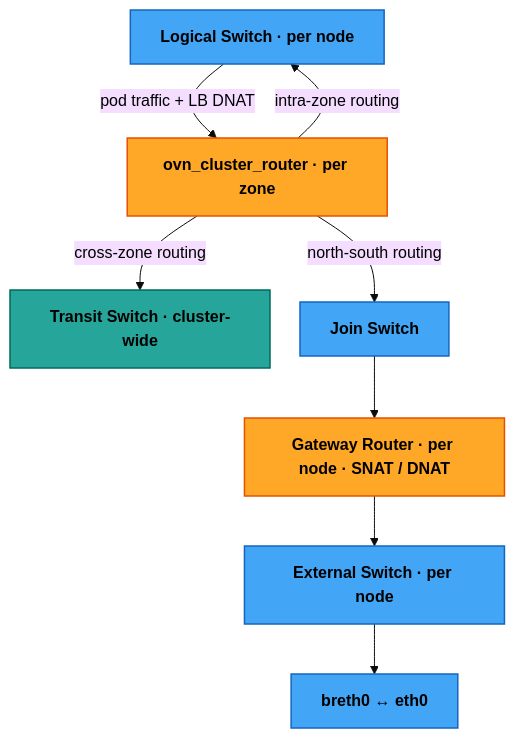
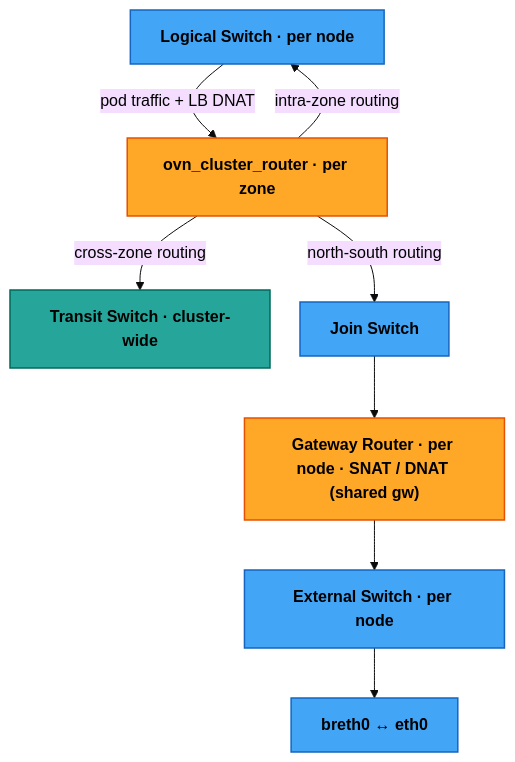
Before and after one commit to ovn-kubernetes/ovn-kubernetes: diagram 25 of 25 in docs/design/traffic-flows.md, drawn with Mermaid. The commit also changed other lines of this file, not shown here.

````diff
--- a/docs/design/traffic-flows.md
+++ b/docs/design/traffic-flows.md
@@ -651,15 +660,15 @@
 ```mermaid
 %%{init: {'theme': 'base', 'flowchart': {'nodeSpacing': 30, 'rankSpacing': 50, 'padding': 15}, 'themeVariables': {'fontSize': '16px', 'primaryTextColor': '#000000', 'secondaryTextColor': '#000000', 'tertiaryTextColor': '#000000', 'textColor': '#000000', 'nodeTextColor': '#000000'}}}%%
 graph TD
     classDef sw fill:#42a5f5,stroke:#1565C0,stroke-width:1.5px,color:#000000,font-weight:bold
     classDef rtr fill:#ffa726,stroke:#E65100,stroke-width:1.5px,color:#000000,font-weight:bold
     classDef ts fill:#26a69a,stroke:#00695C,stroke-width:1.5px,color:#000000,font-weight:bold
 
     LS["Logical Switch · per node"]:::sw -->|"pod traffic + LB DNAT"| CR["ovn_cluster_router · per zone"]:::rtr
     CR -->|"intra-zone routing"| LS
     CR -->|"cross-zone routing"| TS["Transit Switch · cluster-wide"]:::ts
     CR -->|"north-south routing"| JS["Join Switch"]:::sw
-    JS --> GR["Gateway Router · per node · SNAT / DNAT"]:::rtr
+    JS --> GR["Gateway Router · per node · SNAT / DNAT (shared gw)"]:::rtr
     GR --> ES["External Switch · per node"]:::sw
     ES --> BRINT["breth0 ↔ eth0"]:::sw
 ```
````
